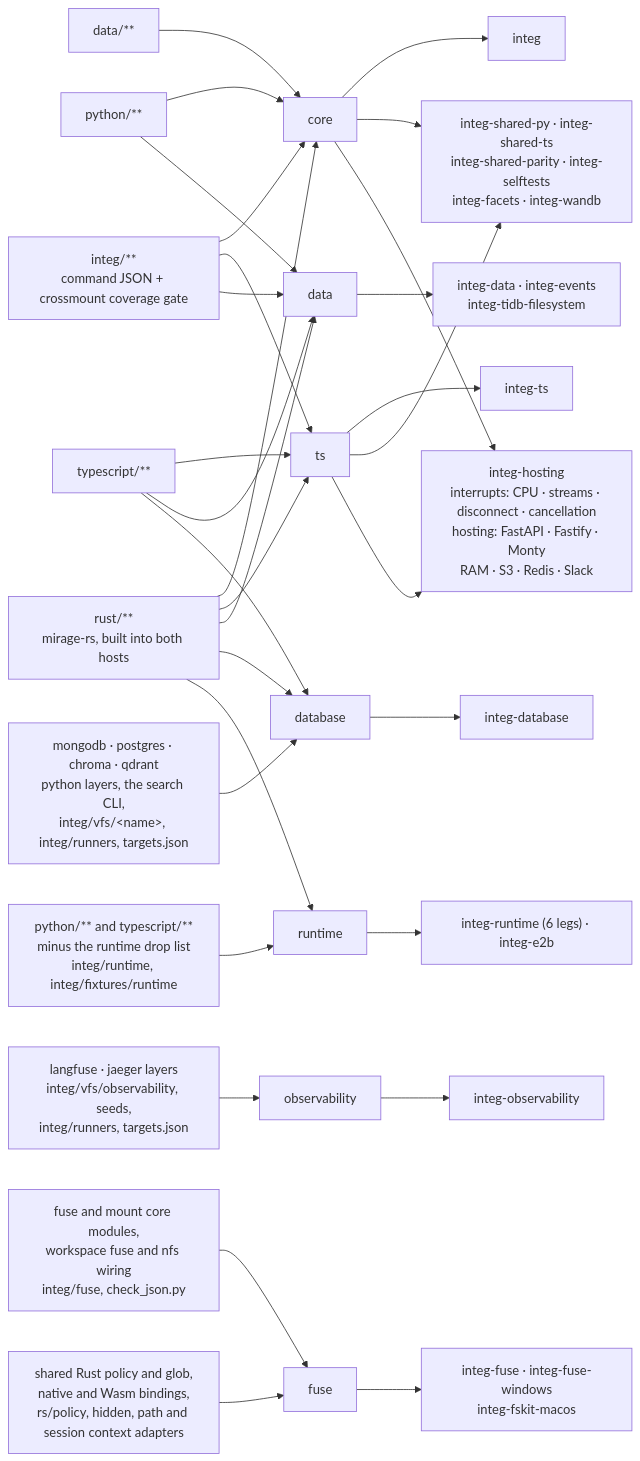
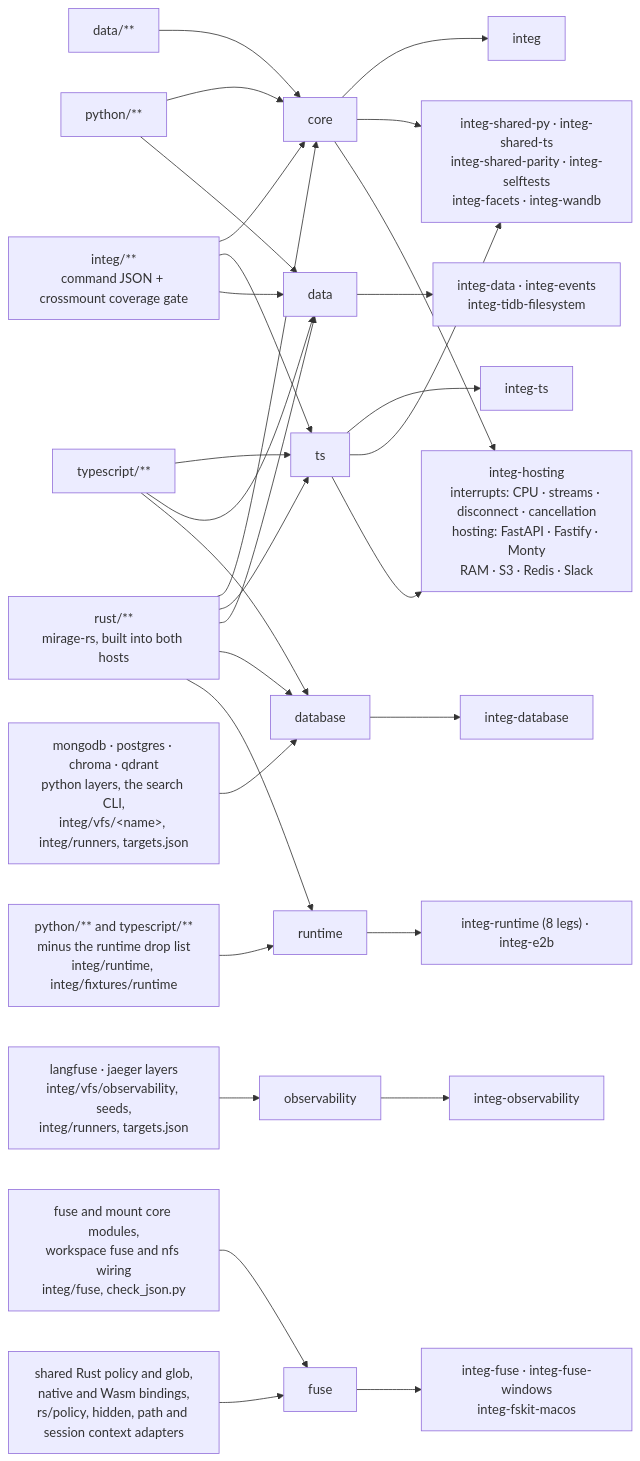
The diagram in integ/README.md (strukto-ai/mirage), drawn with Mermaid before and after one commit. The commit also changed 1 other file, not shown here.

Commit message:
ci(integ): split the runtime suites over eight legs
Six legs left dir and read, and write, near or past their limits. Write,
read and dir get legs of their own, and the leg list is read in one loop.

````diff
--- a/integ/README.md
+++ b/integ/README.md
@@ -236,22 +236,22 @@
 ```mermaid
 flowchart LR
     PY["python/**"] --> core & data
     TSX["typescript/**"] --> ts & data & database
     IN["integ/**<br/>command JSON + crossmount coverage gate"] --> core & ts & data
     D["data/**"] --> core
     RS["rust/**<br/>mirage-rs, built into both hosts"] --> core & ts & data & database & runtime
     DB["mongodb · postgres · chroma · qdrant<br/>python layers, the search CLI,<br/>integ/vfs/&lt;name&gt;, integ/runners, targets.json"] --> database
     OB["langfuse · jaeger layers<br/>integ/vfs/observability, seeds,<br/>integ/runners, targets.json"] --> observability
     FS["fuse and mount core modules,<br/>workspace fuse and nfs wiring<br/>integ/fuse, check_json.py"] --> fuse
     FP["shared Rust policy and glob,<br/>native and Wasm bindings,<br/>rs/policy, hidden, path and session context adapters"] --> fuse
     RT["python/** and typescript/**<br/>minus the runtime drop list<br/>integ/runtime, integ/fixtures/runtime"] --> runtime
     core --> J1["integ"]
     ts --> J2["integ-ts"]
     core & ts --> J3["integ-shared-py · integ-shared-ts<br/>integ-shared-parity · integ-selftests<br/>integ-facets · integ-wandb"]
     core & ts --> HOST["integ-hosting<br/>interrupts: CPU · streams · disconnect · cancellation<br/>hosting: FastAPI · Fastify · Monty<br/>RAM · S3 · Redis · Slack"]
     data --> J4["integ-data · integ-events<br/>integ-tidb-filesystem"]
     database --> J5["integ-database"]
     observability --> J6["integ-observability"]
     fuse --> J7["integ-fuse · integ-fuse-windows<br/>integ-fskit-macos"]
-    runtime --> J8["integ-runtime (6 legs) · integ-e2b"]
+    runtime --> J8["integ-runtime (8 legs) · integ-e2b"]
 ```
````
